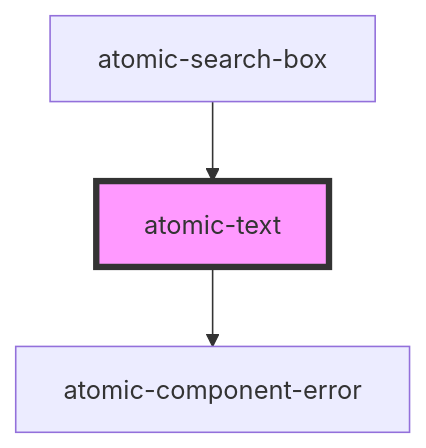
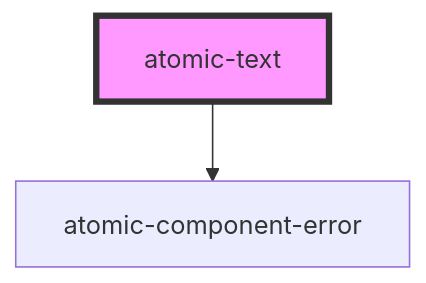
The diagram in packages/atomic/src/components/atomic-text/readme.md (coveo/ui-kit), drawn with Mermaid before and after one commit. The commit also changed other lines of this file and 9 other files, not shown here.

Commit message:
Updated search box

````diff
--- a/packages/atomic/src/components/atomic-text/readme.md
+++ b/packages/atomic/src/components/atomic-text/readme.md
@@ -27,6 +23,5 @@
 ```mermaid
 graph TD;
   atomic-text --> atomic-component-error
-  atomic-search-box --> atomic-text
   style atomic-text fill:#f9f,stroke:#333,stroke-width:4px
 ```
````
